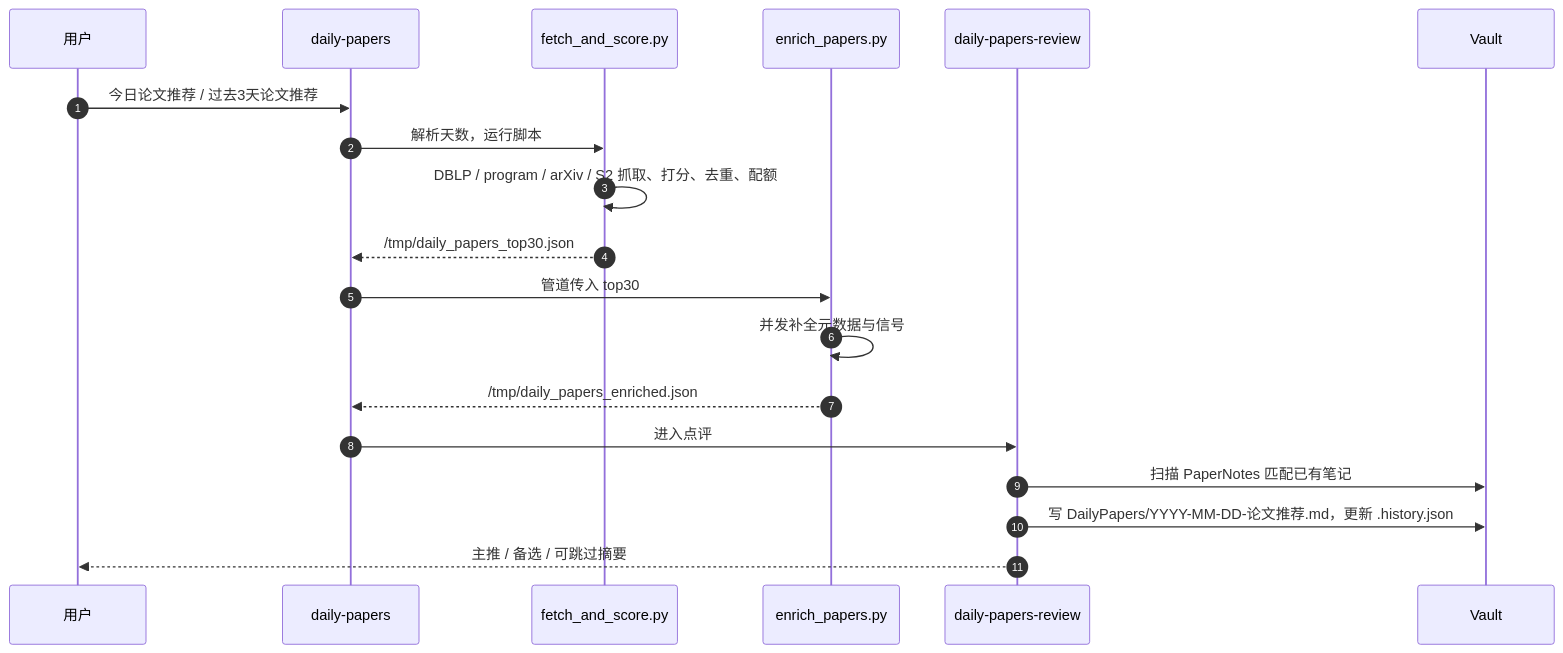
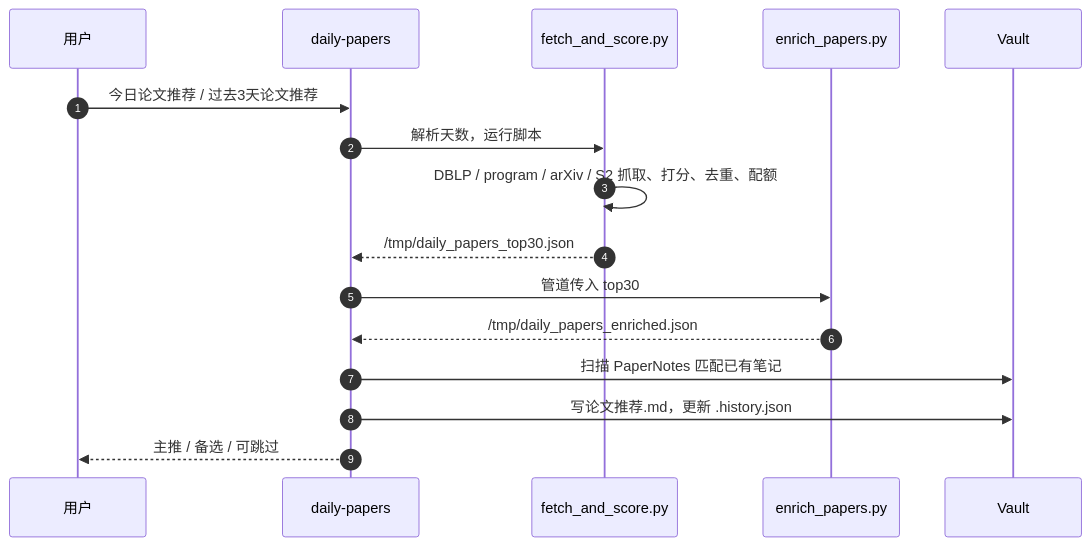
The second of 2 diagrams in ARCHITECTURE.md (BeenLi/arch-reading-skills), drawn with Mermaid before and after one commit. The commit also changed other lines of this file and 30 other files, not shown here.

First line of the commit message:
Consolidate skills around daily-papers, paper-reader and concept-notes

````diff
--- a/ARCHITECTURE.md
+++ b/ARCHITECTURE.md
@@ -92,22 +48,19 @@
 ```mermaid
 sequenceDiagram
     autonumber
     participant U as 用户
     participant DP as daily-papers
     participant F as fetch_and_score.py
     participant E as enrich_papers.py
-    participant R as daily-papers-review
     participant V as Vault
 
     U->>DP: 今日论文推荐 / 过去3天论文推荐
     DP->>F: 解析天数，运行脚本
     F->>F: DBLP / program / arXiv / S2 抓取、打分、去重、配额
     F-->>DP: /tmp/daily_papers_top30.json
     DP->>E: 管道传入 top30
-    E->>E: 并发补全元数据与信号
     E-->>DP: /tmp/daily_papers_enriched.json
-    DP->>R: 进入点评
-    R->>V: 扫描 PaperNotes 匹配已有笔记
-    R->>V: 写 DailyPapers/YYYY-MM-DD-论文推荐.md，更新 .history.json
-    R-->>U: 主推 / 备选 / 可跳过摘要
+    DP->>V: 扫描 PaperNotes 匹配已有笔记
+    DP->>V: 写论文推荐.md，更新 .history.json
+    DP-->>U: 主推 / 备选 / 可跳过
 ```
````
